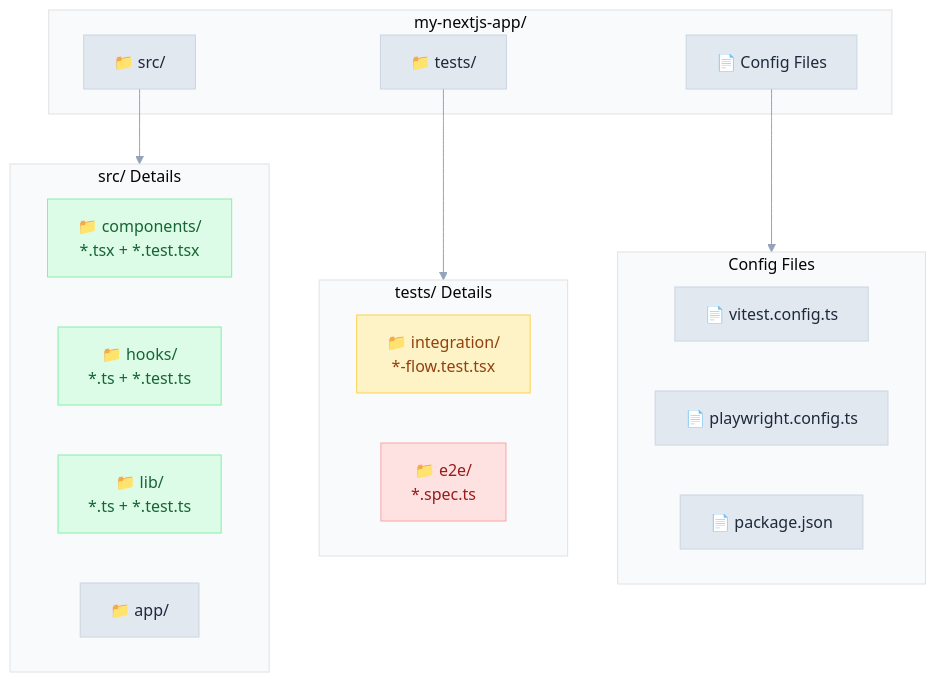
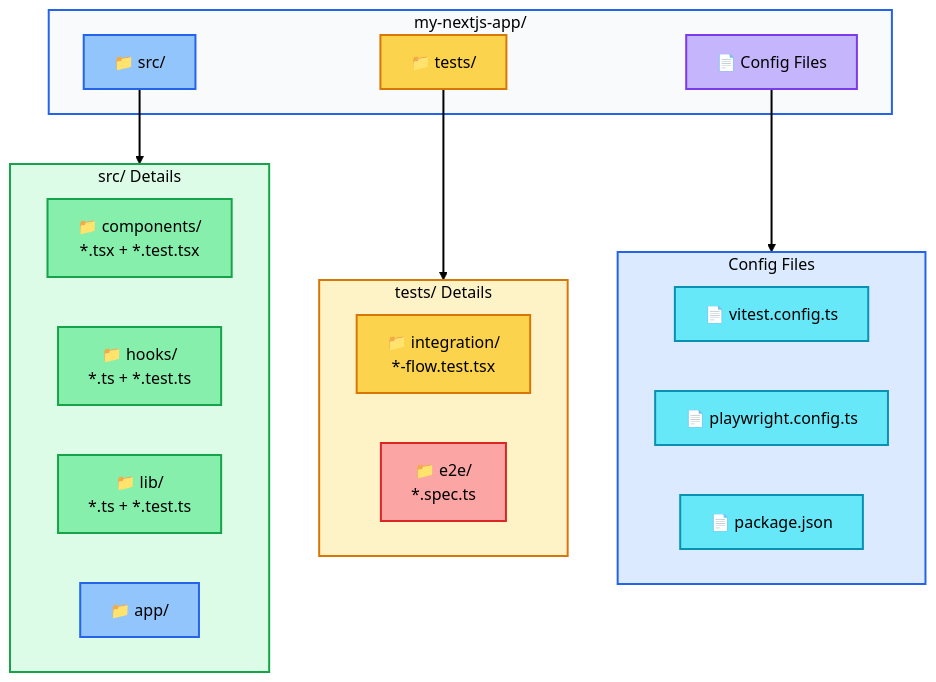
One commit to 3DHDSoft/devmultiplier-academy changed the third of 6 diagrams in doc/testing-strategy-nextjs.md. Above: the diagram before and after it, drawn with Mermaid. The commit also changed other lines of this file and 17 other files, not shown here.

````diff
--- a/doc/testing-strategy-nextjs.md
+++ b/doc/testing-strategy-nextjs.md
@@ -224,46 +246,61 @@
 ```mermaid
 %%{init: {'theme': 'base', 'themeVariables': {
-  'primaryColor': '#e2e8f0',
-  'primaryTextColor': '#1e293b',
-  'primaryBorderColor': '#cbd5e1',
-  'lineColor': '#94a3b8',
-  'secondaryColor': '#f1f5f9',
-  'tertiaryColor': '#f8fafc',
+  'primaryColor': '#f8fafc',
+  'primaryTextColor': '#000000',
+  'primaryBorderColor': '#2563eb',
+  'lineColor': '#000000',
+  'secondaryColor': '#fafafa',
+  'tertiaryColor': '#f5f5f5',
   'background': '#ffffff',
-  'textColor': '#334155',
+  'textColor': '#000000',
+  'edgeLabelBackground': '#f1f5f9',
   'fontFamily': 'system-ui, -apple-system, sans-serif'
-}}}%%graph TD
+}}}%%
+graph TD
     subgraph root ["my-nextjs-app/"]
         SRC["📁 src/"]
         TESTS["📁 tests/"]
         CONFIG["📄 Config Files"]
     end
 
     subgraph src_details ["src/ Details"]
         COMP["📁 components/<br/>*.tsx + *.test.tsx"]
         HOOKS["📁 hooks/<br/>*.ts + *.test.ts"]
         LIB["📁 lib/<br/>*.ts + *.test.ts"]
         APP["📁 app/"]
     end
 
     subgraph test_details ["tests/ Details"]
         INT_TEST["📁 integration/<br/>*-flow.test.tsx"]
         E2E_TEST["📁 e2e/<br/>*.spec.ts"]
     end
 
     subgraph config_details ["Config Files"]
         VITEST["📄 vitest.config.ts"]
         PLAY["📄 playwright.config.ts"]
         PKG["📄 package.json"]
     end
 
     SRC --> src_details
     TESTS --> test_details
     CONFIG --> config_details
 
-    style COMP fill:#dcfce7,stroke:#86efac,color:#166534
-    style HOOKS fill:#dcfce7,stroke:#86efac,color:#166534
-    style LIB fill:#dcfce7,stroke:#86efac,color:#166534
-    style INT_TEST fill:#fef3c7,stroke:#fcd34d,color:#92400e
-    style E2E_TEST fill:#fee2e2,stroke:#fca5a5,color:#991b1b
+    style root fill:#f8fafc,stroke:#2563eb,stroke-width:2px,color:#000000
+    style src_details fill:#dcfce7,stroke:#16a34a,stroke-width:2px,color:#000000
+    style test_details fill:#fef3c7,stroke:#d97706,stroke-width:2px,color:#000000
+    style config_details fill:#dbeafe,stroke:#2563eb,stroke-width:2px,color:#000000
+    style SRC fill:#93c5fd,stroke:#2563eb,color:#000000,stroke-width:2px
+    style TESTS fill:#fcd34d,stroke:#d97706,color:#000000,stroke-width:2px
+    style CONFIG fill:#c4b5fd,stroke:#7c3aed,color:#000000,stroke-width:2px
+    style COMP fill:#86efac,stroke:#16a34a,color:#000000,stroke-width:2px
+    style HOOKS fill:#86efac,stroke:#16a34a,color:#000000,stroke-width:2px
+    style LIB fill:#86efac,stroke:#16a34a,color:#000000,stroke-width:2px
+    style APP fill:#93c5fd,stroke:#2563eb,color:#000000,stroke-width:2px
+    style INT_TEST fill:#fcd34d,stroke:#d97706,color:#000000,stroke-width:2px
+    style E2E_TEST fill:#fca5a5,stroke:#dc2626,color:#000000,stroke-width:2px
+    style VITEST fill:#67e8f9,stroke:#0891b2,color:#000000,stroke-width:2px
+    style PLAY fill:#67e8f9,stroke:#0891b2,color:#000000,stroke-width:2px
+    style PKG fill:#67e8f9,stroke:#0891b2,color:#000000,stroke-width:2px
+
+    linkStyle default stroke:#000000,stroke-width:2px
 ```
````
